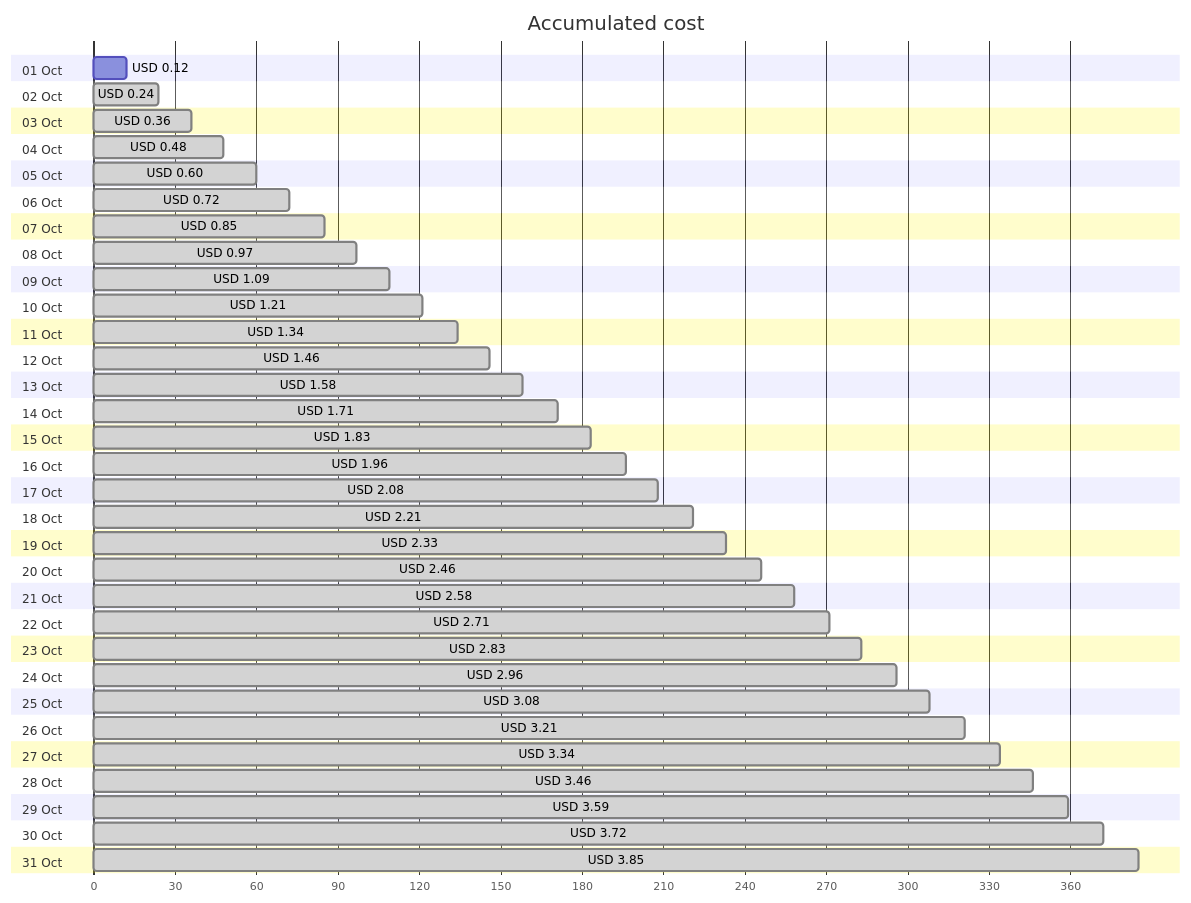
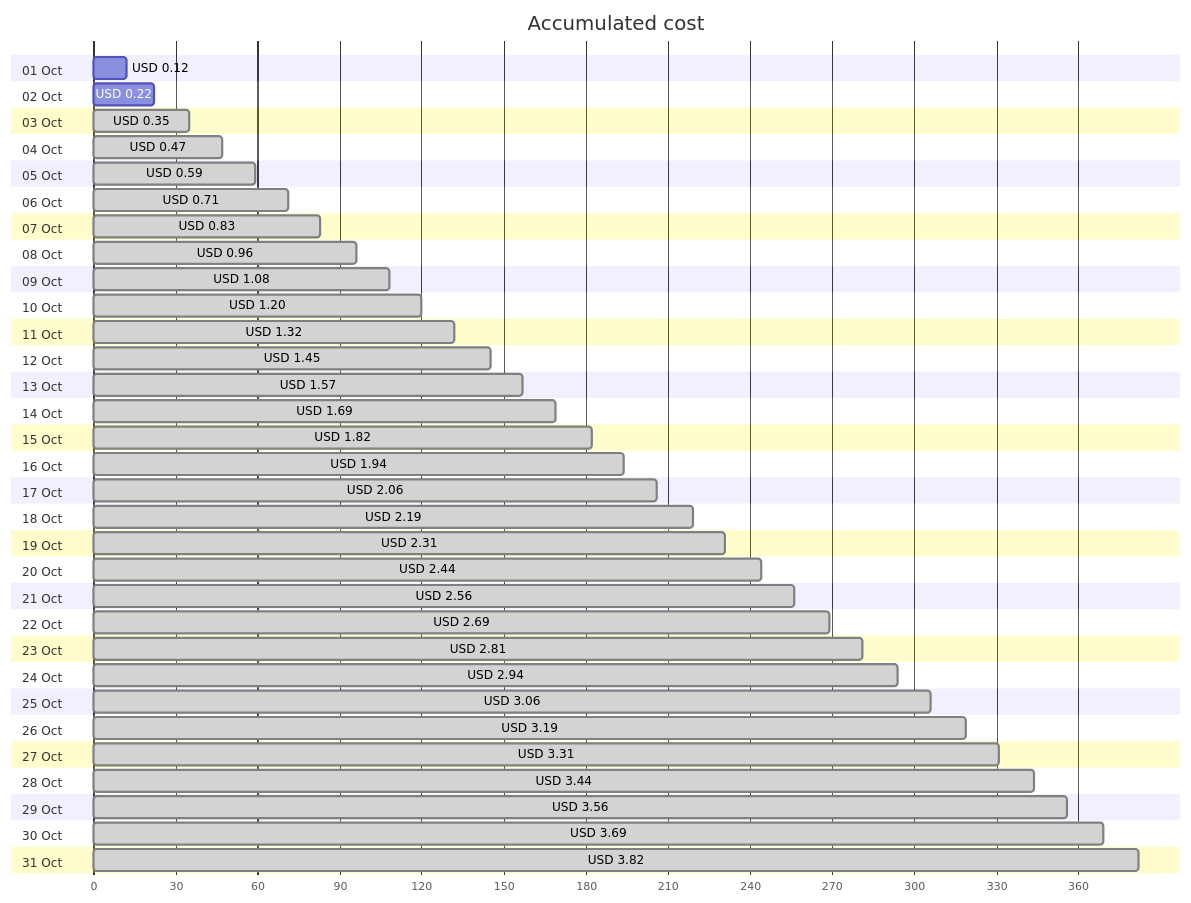
One commit to jpfulton/azure-personal-reports changed the first of 4 diagrams in cost-reports/personal-network/vpn-server-public-ip.md. Above: the diagram before and after it, drawn with Mermaid. The commit also changed other lines of this file and 8 other files, not shown here.

````diff
--- a/cost-reports/personal-network/vpn-server-public-ip.md
+++ b/cost-reports/personal-network/vpn-server-public-ip.md
@@ -20,68 +20,68 @@
 ```mermaid
 gantt
    title Accumulated cost
    dateFormat  X
    axisFormat %s
    section 01 Oct
    USD 0.12 :0, 12
    section 02 Oct
-   USD 0.24 : done, 0, 24
+   USD 0.22 :0, 22
    section 03 Oct
-   USD 0.36 : done, 0, 36
+   USD 0.35 : done, 0, 35
    section 04 Oct
-   USD 0.48 : done, 0, 48
+   USD 0.47 : done, 0, 47
    section 05 Oct
-   USD 0.60 : done, 0, 60
+   USD 0.59 : done, 0, 59
    section 06 Oct
-   USD 0.72 : done, 0, 72
+   USD 0.71 : done, 0, 71
    section 07 Oct
-   USD 0.85 : done, 0, 85
+   USD 0.83 : done, 0, 83
    section 08 Oct
-   USD 0.97 : done, 0, 97
+   USD 0.96 : done, 0, 96
    section 09 Oct
-   USD 1.09 : done, 0, 109
+   USD 1.08 : done, 0, 108
    section 10 Oct
-   USD 1.21 : done, 0, 121
+   USD 1.20 : done, 0, 120
    section 11 Oct
-   USD 1.34 : done, 0, 134
+   USD 1.32 : done, 0, 132
    section 12 Oct
-   USD 1.46 : done, 0, 146
+   USD 1.45 : done, 0, 145
    section 13 Oct
-   USD 1.58 : done, 0, 158
+   USD 1.57 : done, 0, 157
    section 14 Oct
-   USD 1.71 : done, 0, 171
+   USD 1.69 : done, 0, 169
    section 15 Oct
-   USD 1.83 : done, 0, 183
+   USD 1.82 : done, 0, 182
    section 16 Oct
-   USD 1.96 : done, 0, 196
+   USD 1.94 : done, 0, 194
    section 17 Oct
-   USD 2.08 : done, 0, 208
+   USD 2.06 : done, 0, 206
    section 18 Oct
-   USD 2.21 : done, 0, 221
+   USD 2.19 : done, 0, 219
    section 19 Oct
-   USD 2.33 : done, 0, 233
+   USD 2.31 : done, 0, 231
    section 20 Oct
-   USD 2.46 : done, 0, 246
+   USD 2.44 : done, 0, 244
    section 21 Oct
-   USD 2.58 : done, 0, 258
+   USD 2.56 : done, 0, 256
    section 22 Oct
-   USD 2.71 : done, 0, 271
+   USD 2.69 : done, 0, 269
    section 23 Oct
-   USD 2.83 : done, 0, 283
+   USD 2.81 : done, 0, 281
    section 24 Oct
-   USD 2.96 : done, 0, 296
+   USD 2.94 : done, 0, 294
    section 25 Oct
-   USD 3.08 : done, 0, 308
+   USD 3.06 : done, 0, 306
    section 26 Oct
-   USD 3.21 : done, 0, 321
+   USD 3.19 : done, 0, 319
    section 27 Oct
-   USD 3.34 : done, 0, 334
+   USD 3.31 : done, 0, 331
    section 28 Oct
-   USD 3.46 : done, 0, 346
+   USD 3.44 : done, 0, 344
    section 29 Oct
-   USD 3.59 : done, 0, 359
+   USD 3.56 : done, 0, 356
    section 30 Oct
-   USD 3.72 : done, 0, 372
+   USD 3.69 : done, 0, 369
    section 31 Oct
-   USD 3.85 : done, 0, 385
+   USD 3.82 : done, 0, 382
 ```
````
